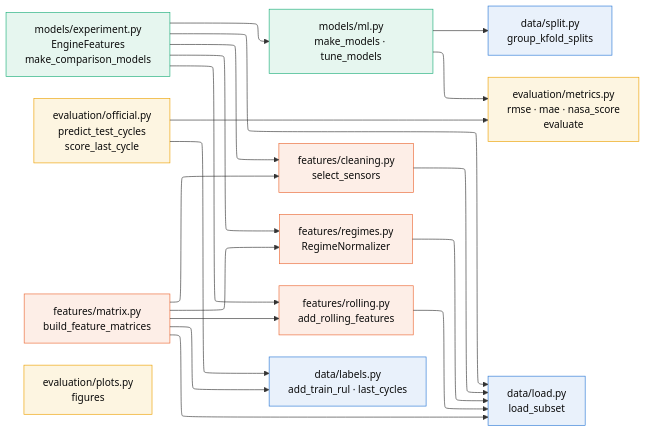
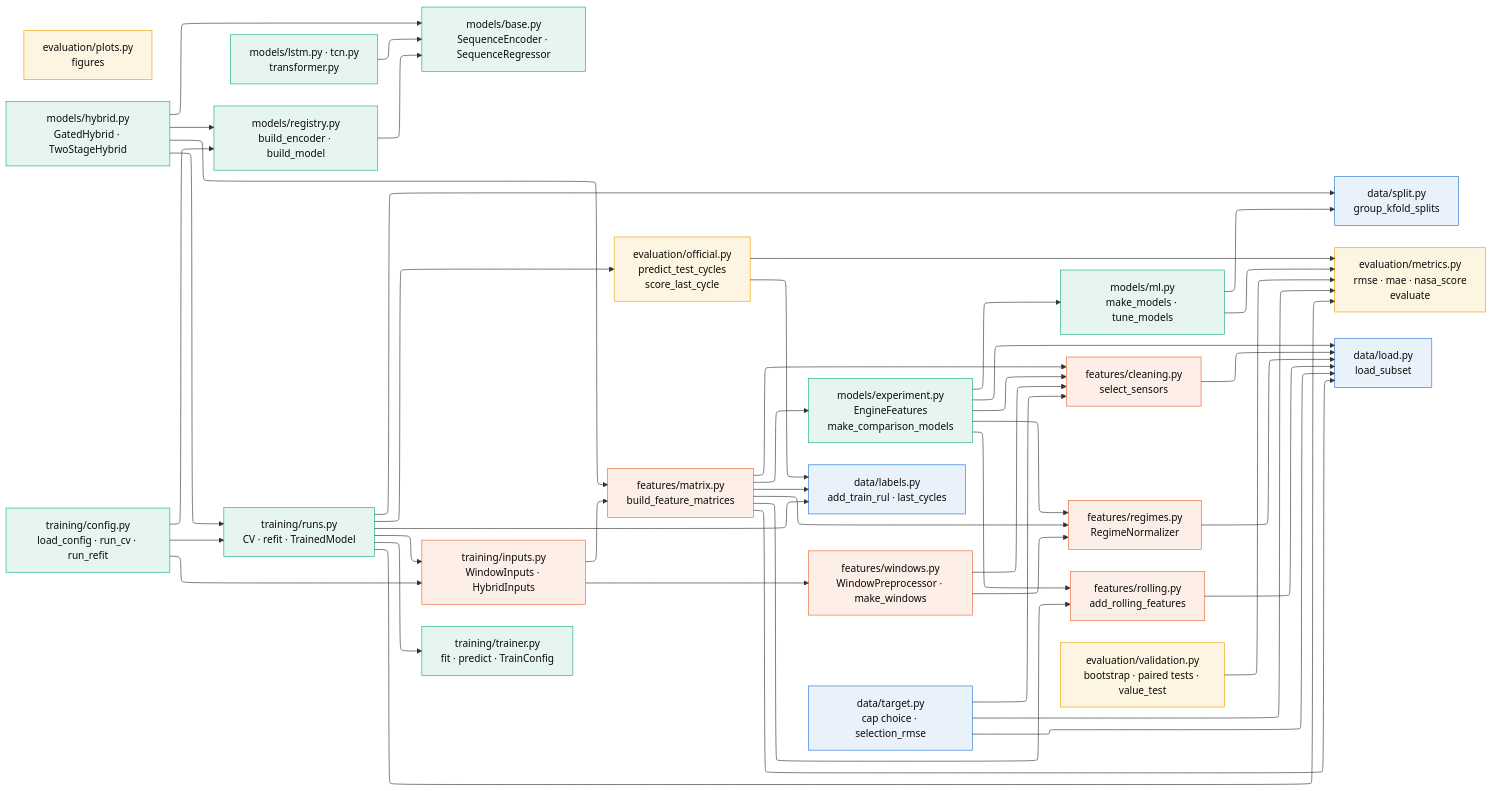
One commit to vks-g/cmapss-rul-hybrid changed the diagram in docs/architecture/src/02-package-modules.mmd. Above: the diagram before and after it, drawn with Mermaid. The commit also changed 19 other files, not shown here.

Commit message:
docs: publish Phase 2 results and implemented architecture

```diff
--- a/docs/architecture/src/02-package-modules.mmd
+++ b/docs/architecture/src/02-package-modules.mmd
@@ -1,45 +1,81 @@
 ---
 config:
   layout: elk
 ---
 flowchart LR
 %% Internal imports of the rul package. An arrow A --> B means "A imports B".
 %% Color = subpackage: blue rul.data, orange rul.features, green rul.models,
-%% amber rul.evaluation. Phase 2 modules (windows, trainer, sequence models) are not built yet.
+%% amber rul.evaluation. Phase 2 includes windows, shared training and both hybrid models.
     EXP["models/experiment.py<br/>EngineFeatures<br/>make_comparison_models"]:::models
     OFF["evaluation/official.py<br/>predict_test_cycles<br/>score_last_cycle"]:::evaluation
     MAT["features/matrix.py<br/>build_feature_matrices"]:::features
 
     ML["models/ml.py<br/>make_models · tune_models"]:::models
     CLN["features/cleaning.py<br/>select_sensors"]:::features
     REG["features/regimes.py<br/>RegimeNormalizer"]:::features
     ROL["features/rolling.py<br/>add_rolling_features"]:::features
 
     SPL["data/split.py<br/>group_kfold_splits"]:::data
     MET["evaluation/metrics.py<br/>rmse · mae · nasa_score<br/>evaluate"]:::evaluation
     LAB["data/labels.py<br/>add_train_rul · last_cycles"]:::data
     LOAD["data/load.py<br/>load_subset"]:::data
     PLT["evaluation/plots.py<br/>figures"]:::evaluation
 
     EXP --> ML
     EXP --> CLN
     EXP --> REG
     EXP --> ROL
     EXP --> LOAD
+    MAT --> EXP
     MAT --> CLN
     MAT --> REG
     MAT --> ROL
     MAT --> LAB
     MAT --> LOAD
     OFF --> LAB
     OFF --> MET
     ML --> SPL
     ML --> MET
     CLN --> LOAD
     REG --> LOAD
     ROL --> LOAD
 
+    WIN["features/windows.py<br/>WindowPreprocessor · make_windows"]:::features
+    BASE["models/base.py<br/>SequenceEncoder · SequenceRegressor"]:::models
+    SEQ["models/lstm.py · tcn.py<br/>transformer.py"]:::models
+    HY["models/hybrid.py<br/>GatedHybrid · TwoStageHybrid"]:::models
+    REGISTRY["models/registry.py<br/>build_encoder · build_model"]:::models
+    INPUT["training/inputs.py<br/>WindowInputs · HybridInputs"]:::features
+    CONF["training/config.py<br/>load_config · run_cv · run_refit"]:::models
+    RUN["training/runs.py<br/>CV · refit · TrainedModel"]:::models
+    TRN["training/trainer.py<br/>fit · predict · TrainConfig"]:::models
+    TARGET["data/target.py<br/>cap choice · selection_rmse"]:::data
+    VALID["evaluation/validation.py<br/>bootstrap · paired tests · value_test"]:::evaluation
+    WIN --> CLN
+    WIN --> REG
+    INPUT --> WIN
+    INPUT --> MAT
+    SEQ --> BASE
+    HY --> BASE
+    HY --> REGISTRY
+    HY --> RUN
+    HY --> MAT
+    REGISTRY --> BASE
+    CONF --> REGISTRY
+    CONF --> INPUT
+    CONF --> RUN
+    RUN --> INPUT
+    RUN --> TRN
+    RUN --> SPL
+    RUN --> LAB
+    RUN --> MET
+    RUN --> OFF
+    TARGET --> LOAD
+    TARGET --> CLN
+    TARGET --> MET
+    VALID --> MET
+
     classDef data fill:#e9f1fb,stroke:#2a78d6,color:#0b0b0b
     classDef features fill:#fdeee7,stroke:#eb6834,color:#0b0b0b
     classDef models fill:#e6f6ef,stroke:#1baf7a,color:#0b0b0b
     classDef evaluation fill:#fdf5e1,stroke:#eda100,color:#0b0b0b
```
